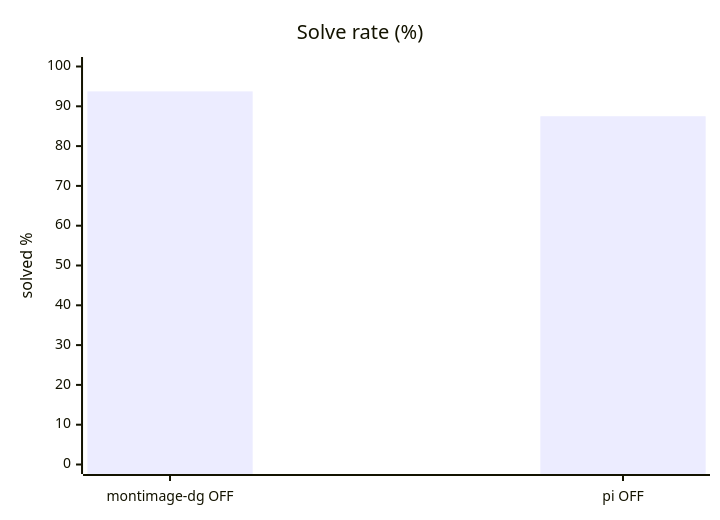
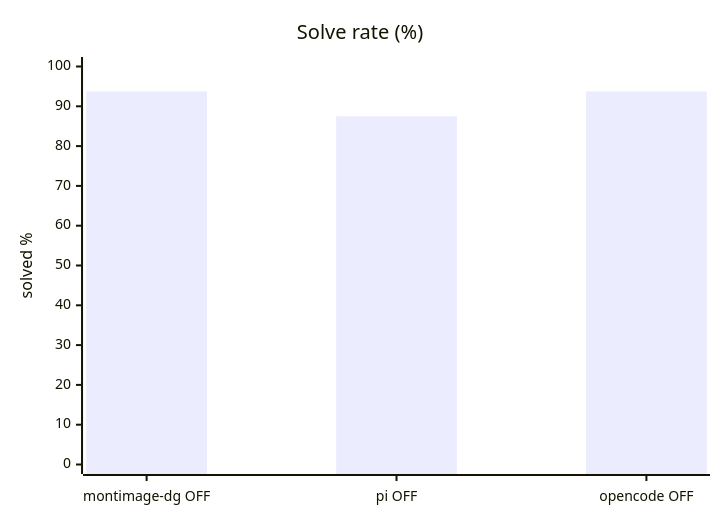
One commit to luongnv89/dgx-spark-llm-lab changed the first of 6 diagrams in results/2026-08-20-pi-harness/REPORT-hard.md. Above: the diagram before and after it, drawn with Mermaid. The commit also changed other lines of this file and 9 other files, not shown here.

````diff
--- a/results/2026-08-20-pi-harness/REPORT-hard.md
+++ b/results/2026-08-20-pi-harness/REPORT-hard.md
@@ -26,7 +27,7 @@
 ```mermaid
 xychart-beta
     title "Solve rate (%)"
-    x-axis ["montimage-dg OFF", "pi OFF"]
+    x-axis ["montimage-dg OFF", "pi OFF", "opencode OFF"]
     y-axis "solved %" 0 --> 100
-    bar [93.75, 87.5]
+    bar [93.75, 87.5, 93.75]
 ```
````
